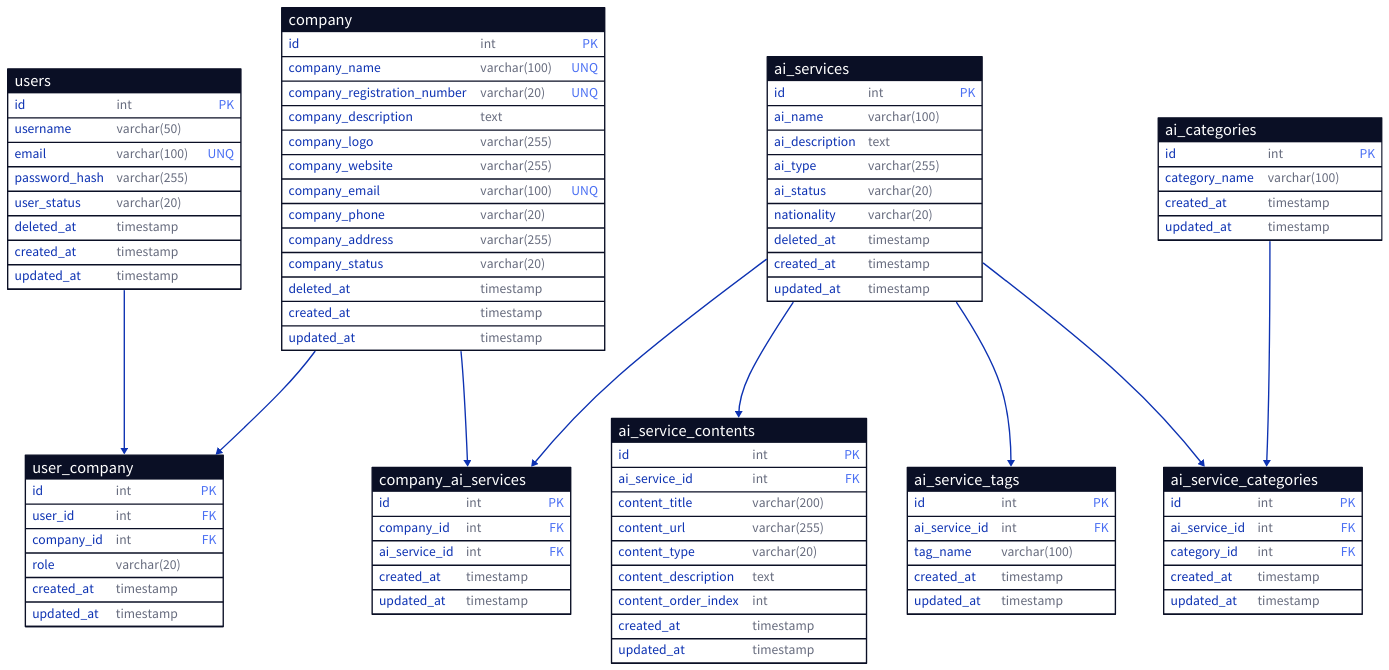
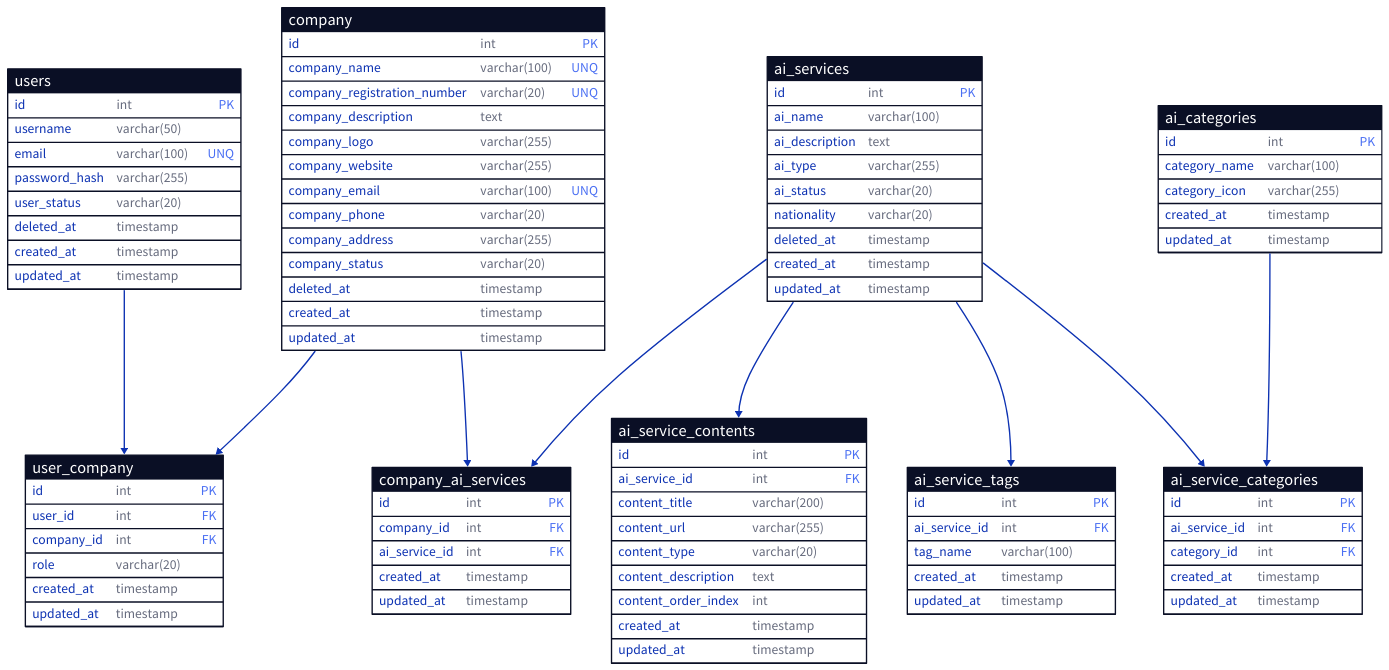
The diagram in db/stepai_api.d2 (Jinwoo-ai/stepai-api), drawn with D2 before and after one commit. The commit also changed 5 other files, not shown here.

Commit message:
Add category_icon column to ai_categories table and update related APIs

```diff
--- a/db/stepai_api.d2
+++ b/db/stepai_api.d2
@@ -1,121 +1,122 @@
 # StepAI API Database Schema
 
 # Users 테이블
 users: {
   shape: sql_table
   id: int {constraint: primary_key}
   username: varchar(50) 
   email: varchar(100) {constraint: unique}
   password_hash: varchar(255)
   user_status: varchar(20) # active, inactive, pending, deleted
   deleted_at: timestamp
   created_at: timestamp
   updated_at: timestamp
 }
 
 # company 테이블 
 company: {
   shape: sql_table
   id: int {constraint: primary_key}
   company_name: varchar(100) {constraint: unique}
   company_registration_number: varchar(20) {constraint: unique}
   company_description: text
   company_logo: varchar(255)
   company_website: varchar(255)
   company_email: varchar(100) {constraint: unique}
   company_phone: varchar(20)
   company_address: varchar(255)
   company_status: varchar(20) # active, inactive, pending, deleted
   deleted_at: timestamp
   created_at: timestamp
   updated_at: timestamp
 }
 
 # user_company 테이블
 user_company: {
   shape: sql_table
   id: int {constraint: primary_key}
   user_id: int {constraint: foreign_key}
   company_id: int {constraint: foreign_key}
   role: varchar(20) # ceo, manager, employee
   created_at: timestamp
   updated_at: timestamp
 }
 
 # company_ai_services 테이블
 company_ai_services: {
   shape: sql_table
   id: int {constraint: primary_key}
   company_id: int {constraint: foreign_key}
   ai_service_id: int {constraint: foreign_key}
   created_at: timestamp
   updated_at: timestamp
 }
 
 # ai services 테이블
 ai_services: {
   shape: sql_table
   id: int {constraint: primary_key}
   ai_name: varchar(100)
   ai_description: text
   ai_type: varchar(255)  # LLM, RAG, gpts, prompter, etc.
   ai_status: varchar(20) # active, inactive, pending, deleted
   nationality: varchar(20)
   deleted_at: timestamp
   created_at: timestamp
   updated_at: timestamp
 }
 
 # ai_service_contents 테이블
 ai_service_contents: {
   shape: sql_table
   id: int {constraint: primary_key}
   ai_service_id: int {constraint: foreign_key}
   content_title: varchar(200)
   content_url: varchar(255)
   content_type: varchar(20) # link, logo, image, video, text, audio, pdf, etc.
   content_description: text
   content_order_index: int
   created_at: timestamp
   updated_at: timestamp
 }
 
 # ai_service_tags 테이블
 ai_service_tags: {
   shape: sql_table
   id: int {constraint: primary_key}
   ai_service_id: int {constraint: foreign_key}
   tag_name: varchar(100)
   created_at: timestamp
   updated_at: timestamp
 }
 
 # ai_categories 테이블
 ai_categories: {
   shape: sql_table
   id: int {constraint: primary_key}
   category_name: varchar(100)
+  category_icon: varchar(255)
   created_at: timestamp
   updated_at: timestamp
 }
 
 # ai_service_categories 테이블
 ai_service_categories: {
   shape: sql_table
   id: int {constraint: primary_key}
   ai_service_id: int {constraint: foreign_key}
   category_id: int {constraint: foreign_key}
   created_at: timestamp
   updated_at: timestamp
 }
 
 
 # 관계 정의
 ai_services -> ai_service_contents
 ai_services -> ai_service_tags
 ai_services -> ai_service_categories
 ai_categories -> ai_service_categories
 users -> user_company
 company -> user_company
 company -> company_ai_services
 ai_services -> company_ai_services
```
